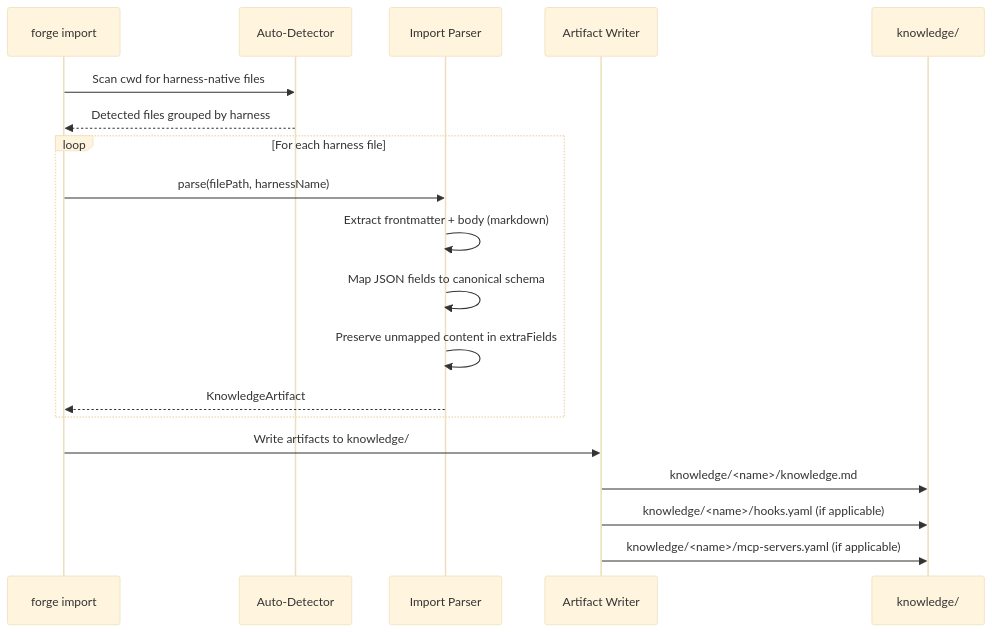
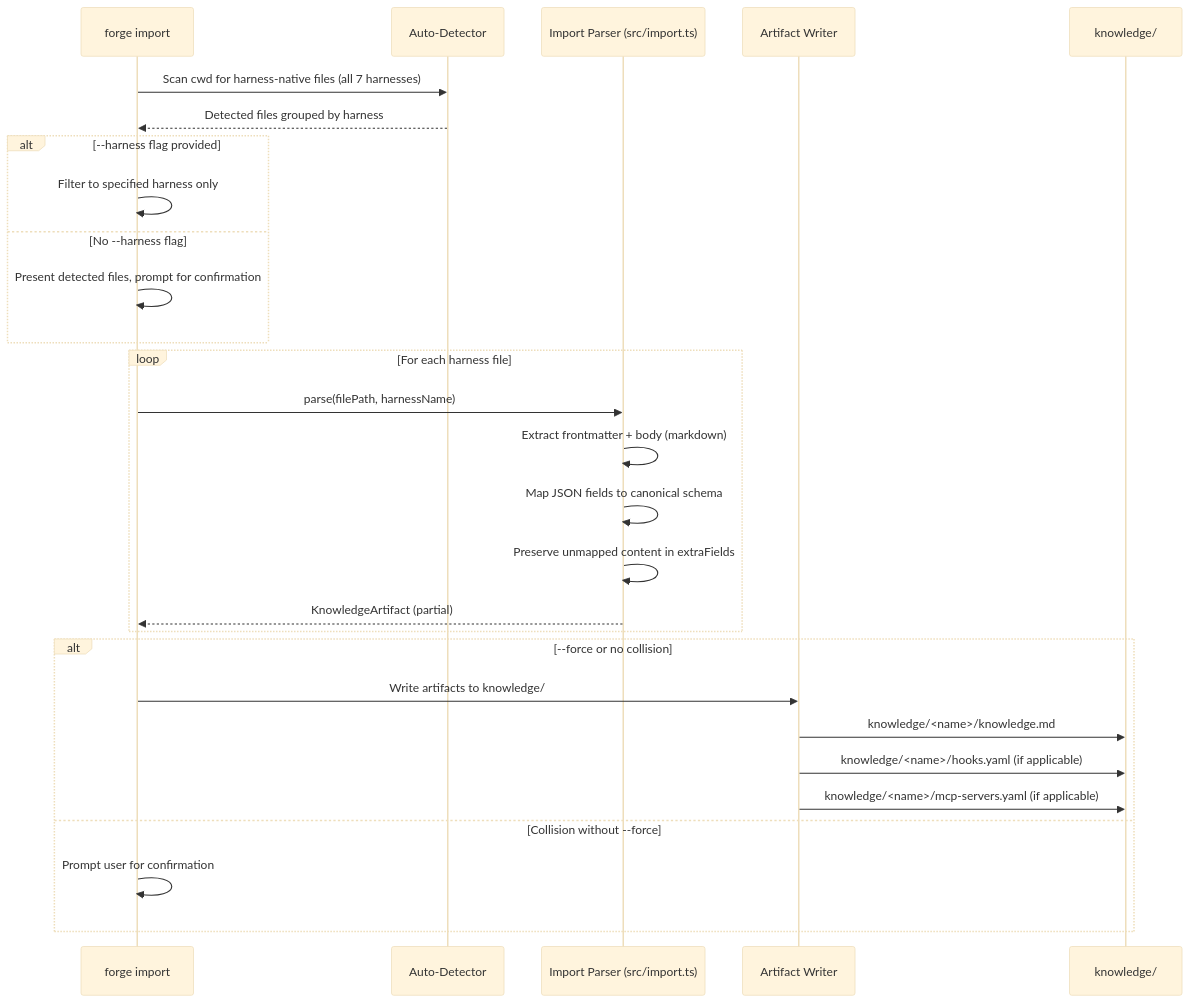
The third of 4 diagrams in .kiro/specs/skill-forge-10-star-features/design.md (jhu-sheridan-libraries/agentic-skill-library), drawn with Mermaid (base theme) before and after one commit. The commit also changed other lines of this file and 2 other files, not shown here.

````diff
--- a/.kiro/specs/skill-forge-10-star-features/design.md
+++ b/.kiro/specs/skill-forge-10-star-features/design.md
@@ -135,24 +214,34 @@
 ```mermaid
 sequenceDiagram
     participant CLI as forge import
     participant Detect as Auto-Detector
-    participant Parser as Import Parser
+    participant Parser as Import Parser (src/import.ts)
     participant Writer as Artifact Writer
     participant KDir as knowledge/
 
-    CLI->>Detect: Scan cwd for harness-native files
+    CLI->>Detect: Scan cwd for harness-native files (all 7 harnesses)
     Detect-->>CLI: Detected files grouped by harness
+
+    alt --harness flag provided
+        CLI->>CLI: Filter to specified harness only
+    else No --harness flag
+        CLI->>CLI: Present detected files, prompt for confirmation
+    end
 
     loop For each harness file
         CLI->>Parser: parse(filePath, harnessName)
         Parser->>Parser: Extract frontmatter + body (markdown)
         Parser->>Parser: Map JSON fields to canonical schema
         Parser->>Parser: Preserve unmapped content in extraFields
-        Parser-->>CLI: KnowledgeArtifact
+        Parser-->>CLI: KnowledgeArtifact (partial)
     end
 
-    CLI->>Writer: Write artifacts to knowledge/
-    Writer->>KDir: knowledge/<name>/knowledge.md
-    Writer->>KDir: knowledge/<name>/hooks.yaml (if applicable)
-    Writer->>KDir: knowledge/<name>/mcp-servers.yaml (if applicable)
+    alt --force or no collision
+        CLI->>Writer: Write artifacts to knowledge/
+        Writer->>KDir: knowledge/<name>/knowledge.md
+        Writer->>KDir: knowledge/<name>/hooks.yaml (if applicable)
+        Writer->>KDir: knowledge/<name>/mcp-servers.yaml (if applicable)
+    else Collision without --force
+        CLI->>CLI: Prompt user for confirmation
+    end
 ```
````
